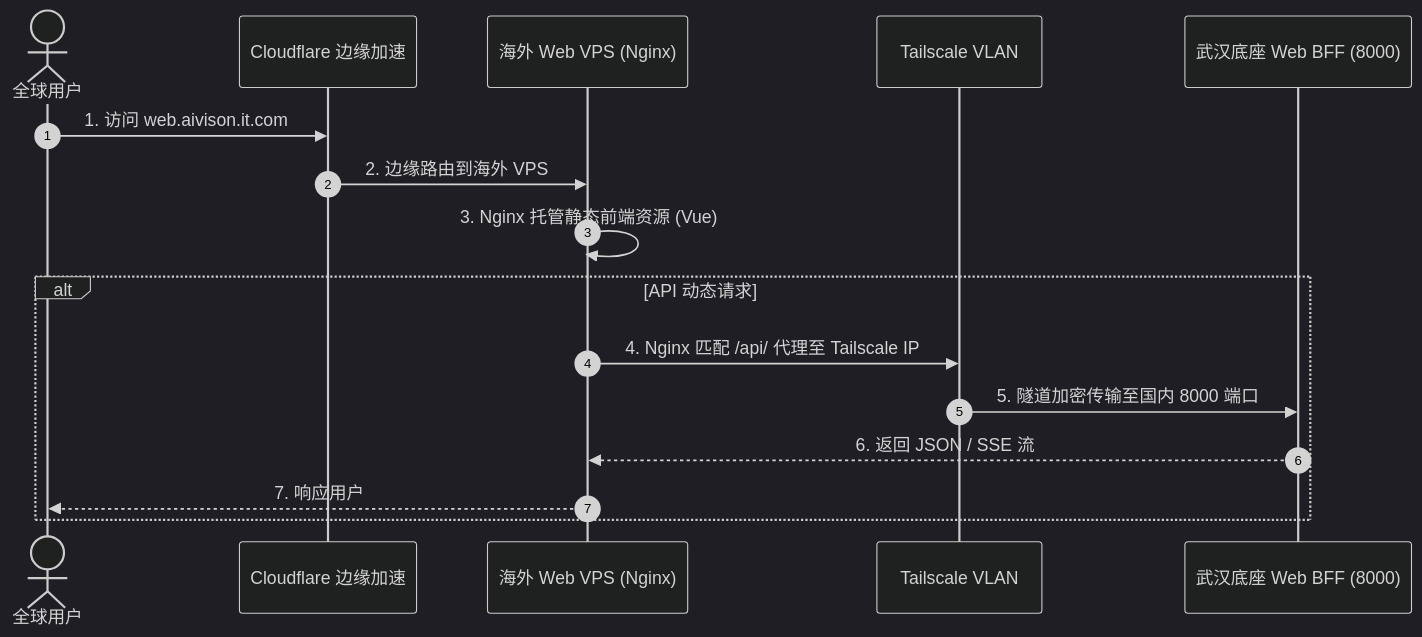
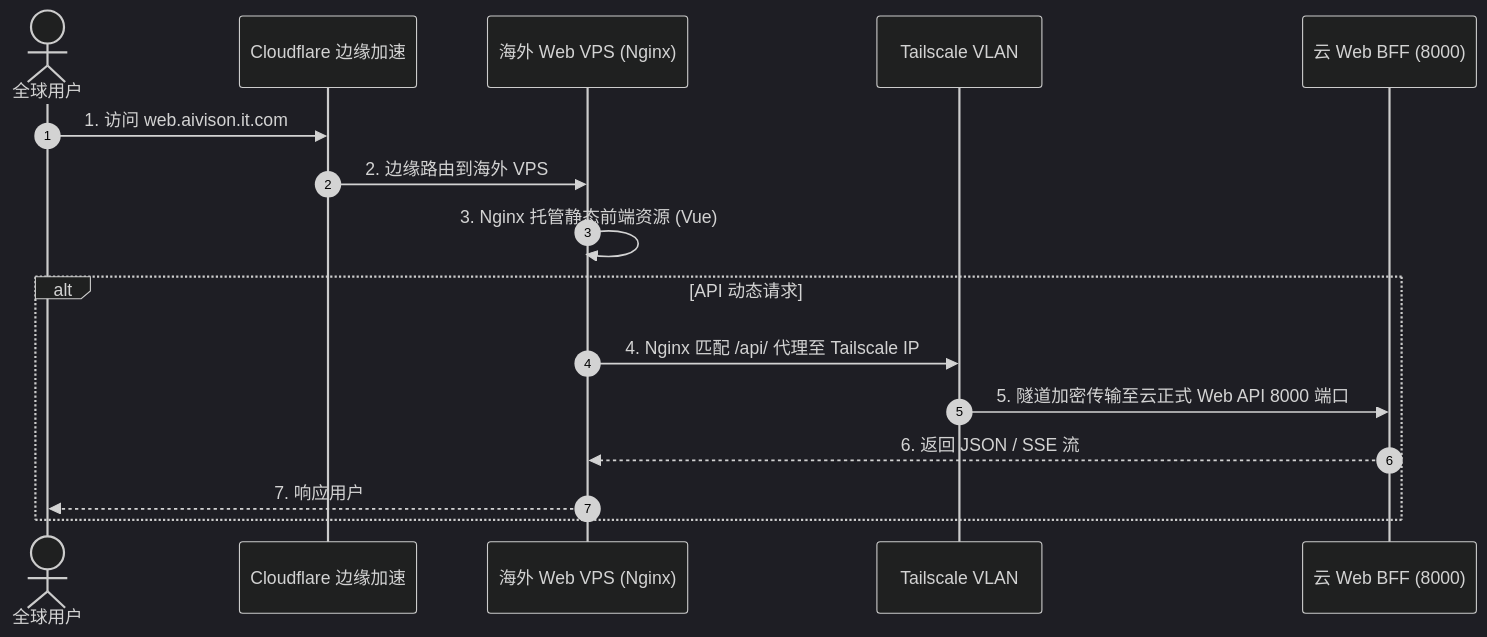
One commit to giraffu/All_bot changed the diagram in docs/子模块_网络暴露与代理穿透_network_proxy.md. Above: the diagram before and after it, drawn with Mermaid (dark theme). The commit also changed other lines of this file and 15 other files, not shown here.

````diff
--- a/docs/子模块_网络暴露与代理穿透_network_proxy.md
+++ b/docs/子模块_网络暴露与代理穿透_network_proxy.md
@@ -8,19 +8,19 @@
 ```mermaid
 sequenceDiagram
     autonumber
     actor User as 全球用户
     participant CF as Cloudflare 边缘加速
     participant VPS as 海外 Web VPS (Nginx)
     participant TS as Tailscale VLAN
-    participant BFF as 武汉底座 Web BFF (8000)
+    participant BFF as 云 Web BFF (8000)
     
     User->>CF: 1. 访问 web.aivison.it.com
     CF->>VPS: 2. 边缘路由到海外 VPS
     VPS->>VPS: 3. Nginx 托管静态前端资源 (Vue)
     alt API 动态请求
         VPS->>TS: 4. Nginx 匹配 /api/ 代理至 Tailscale IP
-        TS->>BFF: 5. 隧道加密传输至国内 8000 端口
+        TS->>BFF: 5. 隧道加密传输至云正式 Web API 8000 端口
         BFF-->>VPS: 6. 返回 JSON / SSE 流
         VPS-->>User: 7. 响应用户
     end
 ```
````
